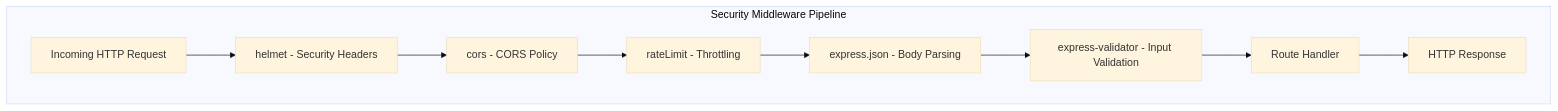
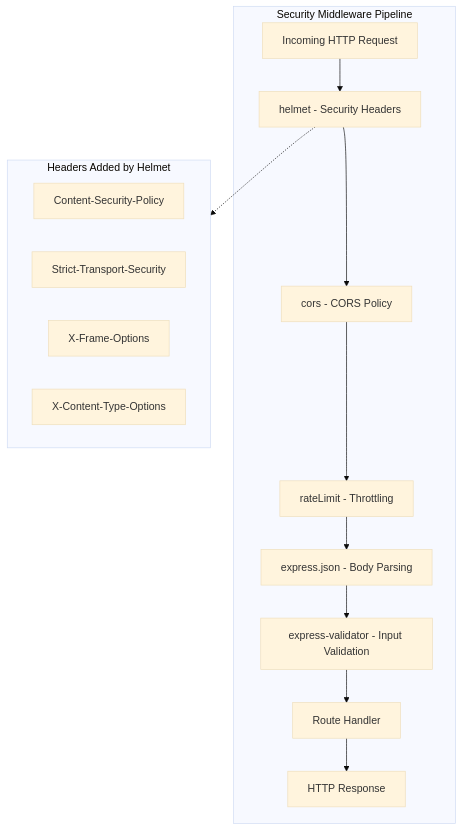
Before and after one commit to Sandeep01Kumar/29-dec-existing-projects-qa-test-5: the fourth of 6 diagrams in blitzy/documentation/Technical Specifications.md, drawn with Mermaid (base theme). The commit also changed other lines of this file, not shown here.

````diff
--- a/blitzy/documentation/Technical Specifications.md
+++ b/blitzy/documentation/Technical Specifications.md
@@ -860,21 +384,30 @@
 ```mermaid
 flowchart TB
     subgraph SecurityPipeline["Security Middleware Pipeline"]
         Request["Incoming HTTP Request"]
         Helmet["helmet - Security Headers"]
         CORS["cors - CORS Policy"]
         RateLimit["rateLimit - Throttling"]
         BodyParser["express.json - Body Parsing"]
         Validator["express-validator - Input Validation"]
         RouteHandler["Route Handler"]
         Response["HTTP Response"]
         
         Request --> Helmet
         Helmet --> CORS
         CORS --> RateLimit
         RateLimit --> BodyParser
         BodyParser --> Validator
         Validator --> RouteHandler
         RouteHandler --> Response
     end
+    
+    subgraph SecurityHeaders["Headers Added by Helmet"]
+        CSP["Content-Security-Policy"]
+        HSTS["Strict-Transport-Security"]
+        XFrame["X-Frame-Options"]
+        XContent["X-Content-Type-Options"]
+    end
+    
+    Helmet -.-> SecurityHeaders
 ```
````
